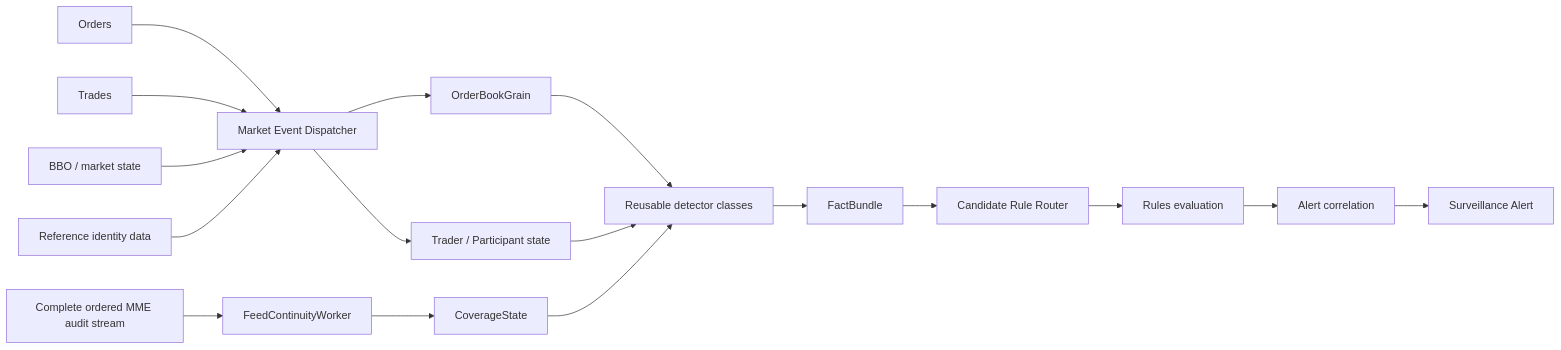
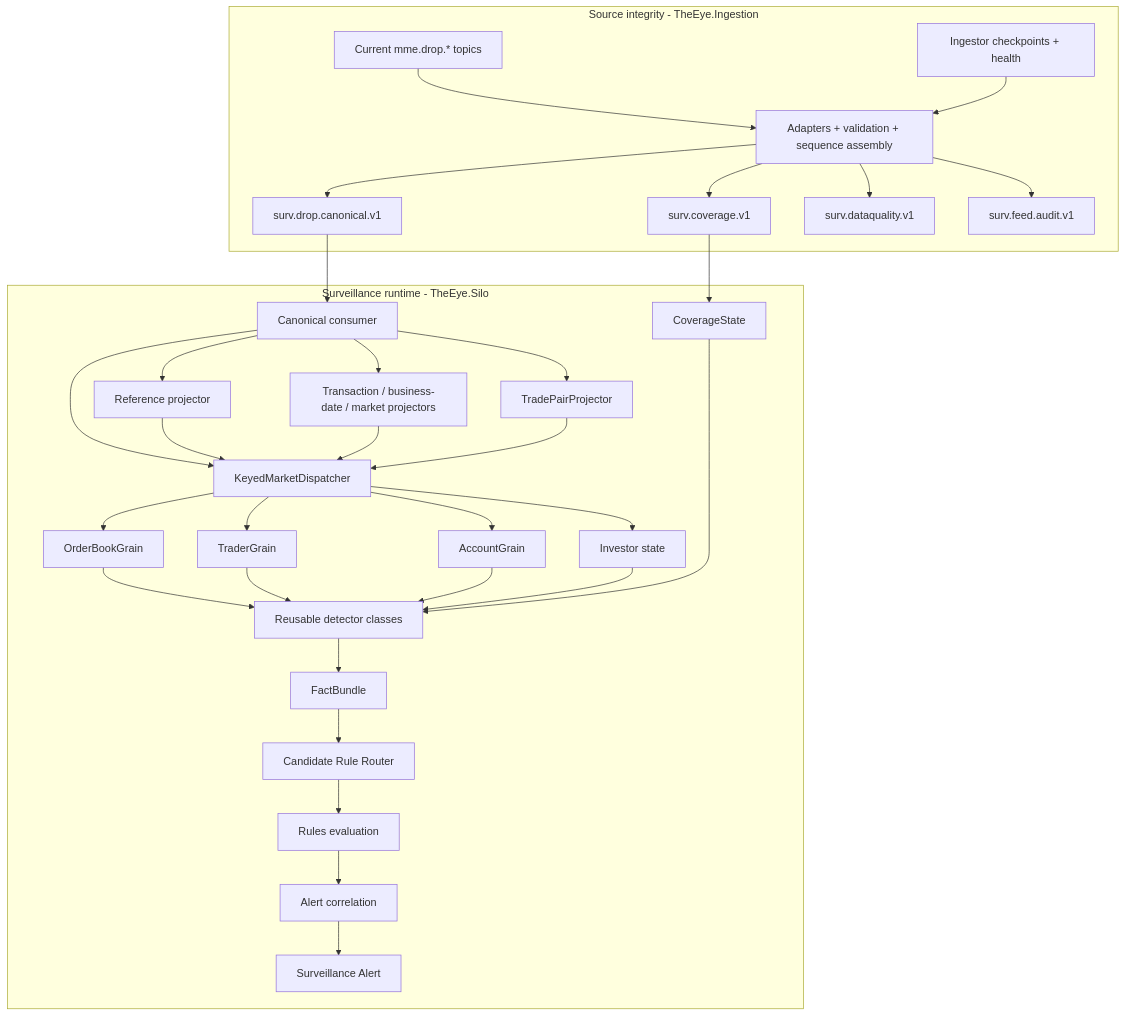
One commit to adnanelhabashy/surveillance-knowledge-base changed the diagram in Market-Surveillance-Full-Plan-Doc-Refrence/Architecture/Surveillance Detection Pipeline.md. Above: the diagram before and after it, drawn with Mermaid. The commit also changed other lines of this file, not shown here.

Commit message:
docs: align detection pipeline with canonical Kafka and Silo projectors

````diff
--- a/Market-Surveillance-Full-Plan-Doc-Refrence/Architecture/Surveillance Detection Pipeline.md
+++ b/Market-Surveillance-Full-Plan-Doc-Refrence/Architecture/Surveillance Detection Pipeline.md
@@ -14,23 +18,34 @@
 ```mermaid
-flowchart LR
-    AUDIT[Complete ordered MME audit stream] --> FC[FeedContinuityWorker]
-    FC --> CG[CoverageState]
+flowchart TB
+    subgraph SOURCE[Source integrity - TheEye.Ingestion]
+        RAW[Current mme.drop.* topics] --> ING[Adapters + validation + sequence assembly]
+        REDIS[Ingestor checkpoints + health] --> ING
+        ING --> CAN[surv.drop.canonical.v1]
+        ING --> COV[surv.coverage.v1]
+        ING --> DQ[surv.dataquality.v1]
+        ING --> AUD[surv.feed.audit.v1]
+    end
 
-    ORD[Orders] --> DISP[Market Event Dispatcher]
-    TRD[Trades] --> DISP
-    BBO[BBO / market state] --> DISP
-    REF[Reference identity data] --> DISP
+    subgraph SILO[Surveillance runtime - TheEye.Silo]
+        CAN --> CON[Canonical consumer]
+        CON --> REF[Reference projector]
+        CON --> MARKET[Transaction / business-date / market projectors]
+        CON --> PAIR[TradePairProjector]
+        CON --> DISP[KeyedMarketDispatcher]
+        REF & MARKET & PAIR --> DISP
 
-    DISP --> OBG[OrderBookGrain]
-    DISP --> TG[Trader / Participant state]
+        DISP --> OBG[OrderBookGrain]
+        DISP --> TG[TraderGrain]
+        DISP --> AG[AccountGrain]
+        DISP --> IG[Investor state]
 
-    OBG --> DET[Reusable detector classes]
-    TG --> DET
-    CG --> DET
+        COV --> CG[CoverageState]
 
-    DET --> FB[FactBundle]
-    FB --> RR[Candidate Rule Router]
-    RR --> RULES[Rules evaluation]
-    RULES --> CORR[Alert correlation]
-    CORR --> ALERT[Surveillance Alert]
+        OBG & TG & AG & IG & CG --> DET[Reusable detector classes]
+        DET --> FB[FactBundle]
+        FB --> RR[Candidate Rule Router]
+        RR --> RULES[Rules evaluation]
+        RULES --> CORR[Alert correlation]
+        CORR --> ALERT[Surveillance Alert]
+    end
 ```
````
